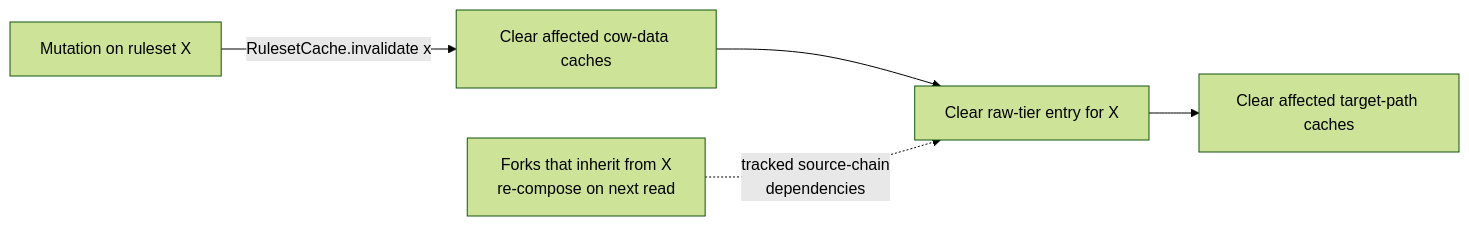
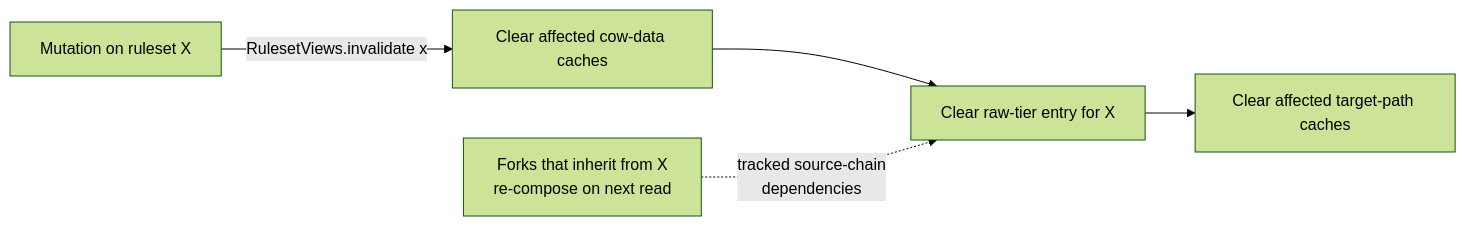
Before and after one commit to PhilippeChab/arkyvree: the third of 7 diagrams in docs/caching.md, drawn with Mermaid (forest theme). The commit also changed other lines of this file and 103 other files, not shown here.

````diff
--- a/docs/caching.md
+++ b/docs/caching.md
@@ -239,7 +239,7 @@
 ```mermaid
 flowchart LR
-    Mut[Mutation on ruleset X] -->|RulesetCache.invalidate x| IR[Clear affected cow-data caches]
+    Mut[Mutation on ruleset X] -->|RulesetViews.invalidate x| IR[Clear affected cow-data caches]
     IR --> CR[Clear raw-tier entry for X]
     CR --> TP[Clear affected target-path caches]
     Note[Forks that inherit from X<br/>re-compose on next read] -.->|tracked source-chain<br/>dependencies| CR
 ```
````
